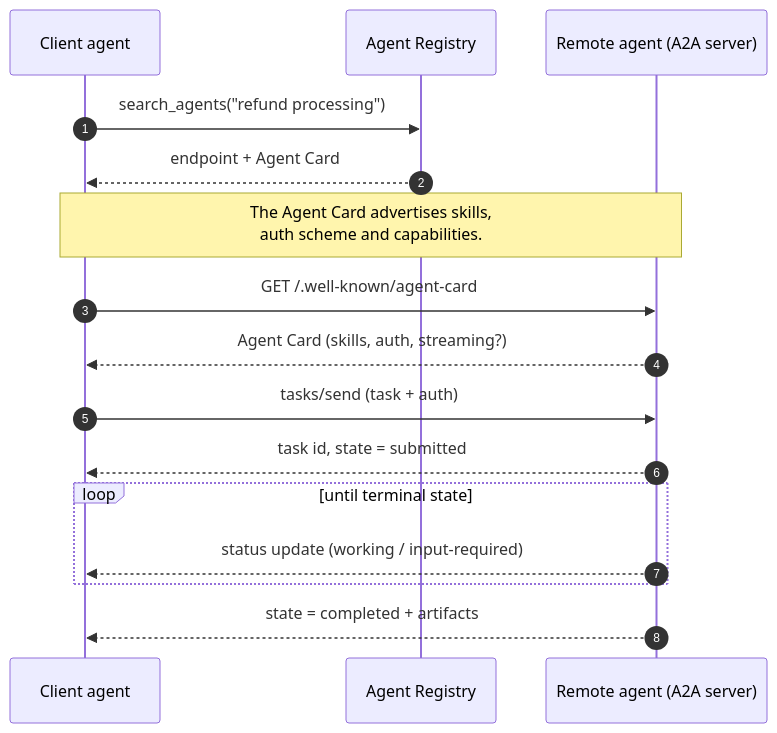
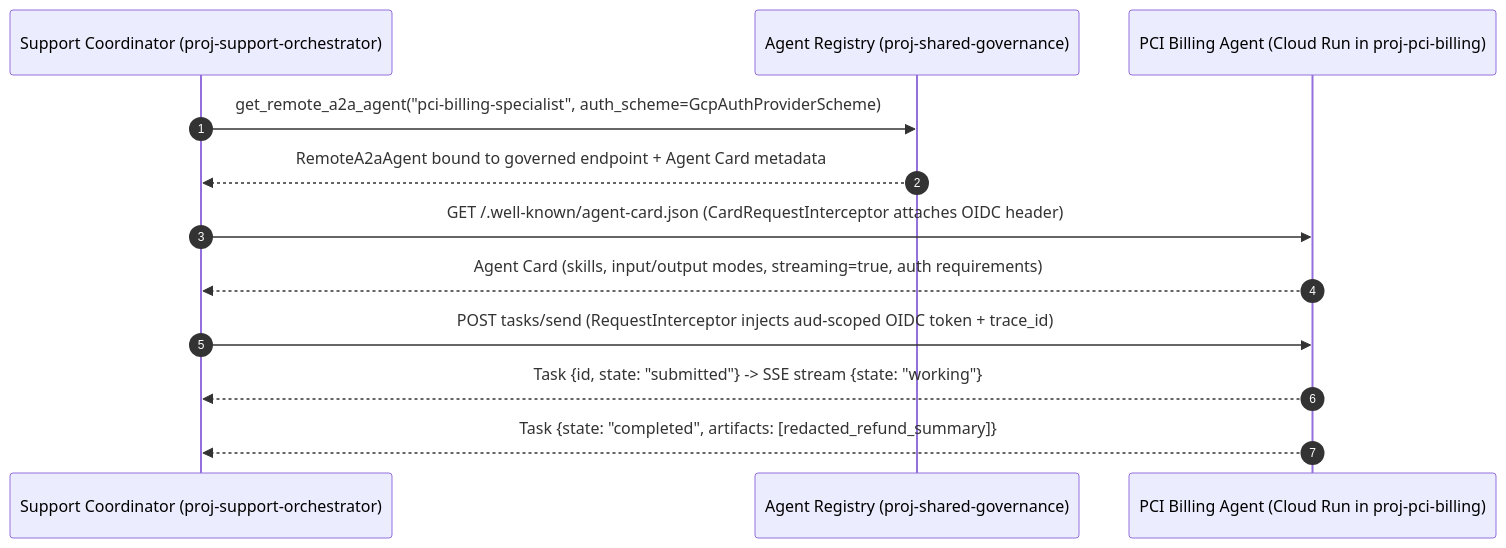
Before and after one commit to cmanikandan/gcp-certification-professional-agentic-architect: the second of 2 diagrams in tracks/03_custom_agents/lab_12_multi_agent_and_a2a/README.md, drawn with Mermaid. The commit also changed other lines of this file and 78 other files, not shown here.

````diff
--- a/tracks/03_custom_agents/lab_12_multi_agent_and_a2a/README.md
+++ b/tracks/03_custom_agents/lab_12_multi_agent_and_a2a/README.md
@@ -61,23 +69,17 @@
 ```mermaid
 sequenceDiagram
     autonumber
-    participant C as Client agent
-    participant R as Agent Registry
-    participant S as Remote agent (A2A server)
+    participant C as Support Coordinator (proj-support-orchestrator)
+    participant R as Agent Registry (proj-shared-governance)
+    participant B as PCI Billing Agent (Cloud Run in proj-pci-billing)
 
-    C->>R: search_agents("refund processing")
-    R-->>C: endpoint + Agent Card
-    Note over C,S: The Agent Card advertises skills,<br/>auth scheme and capabilities.
+    C->>R: get_remote_a2a_agent("pci-billing-specialist", auth_scheme=GcpAuthProviderScheme)
+    R-->>C: RemoteA2aAgent bound to governed endpoint + Agent Card metadata
 
-    C->>S: GET /.well-known/agent-card
-    S-->>C: Agent Card (skills, auth, streaming?)
+    C->>B: GET /.well-known/agent-card.json (CardRequestInterceptor attaches OIDC header)
+    B-->>C: Agent Card (skills, input/output modes, streaming=true, auth requirements)
 
-    C->>S: tasks/send (task + auth)
-    S-->>C: task id, state = submitted
-
-    loop until terminal state
-        S-->>C: status update (working / input-required)
-    end
-
-    S-->>C: state = completed + artifacts
+    C->>B: POST tasks/send (RequestInterceptor injects aud-scoped OIDC token + trace_id)
+    B-->>C: Task {id, state: "submitted"} -> SSE stream {state: "working"}
+    B-->>C: Task {state: "completed", artifacts: [redacted_refund_summary]}
 ```
````
